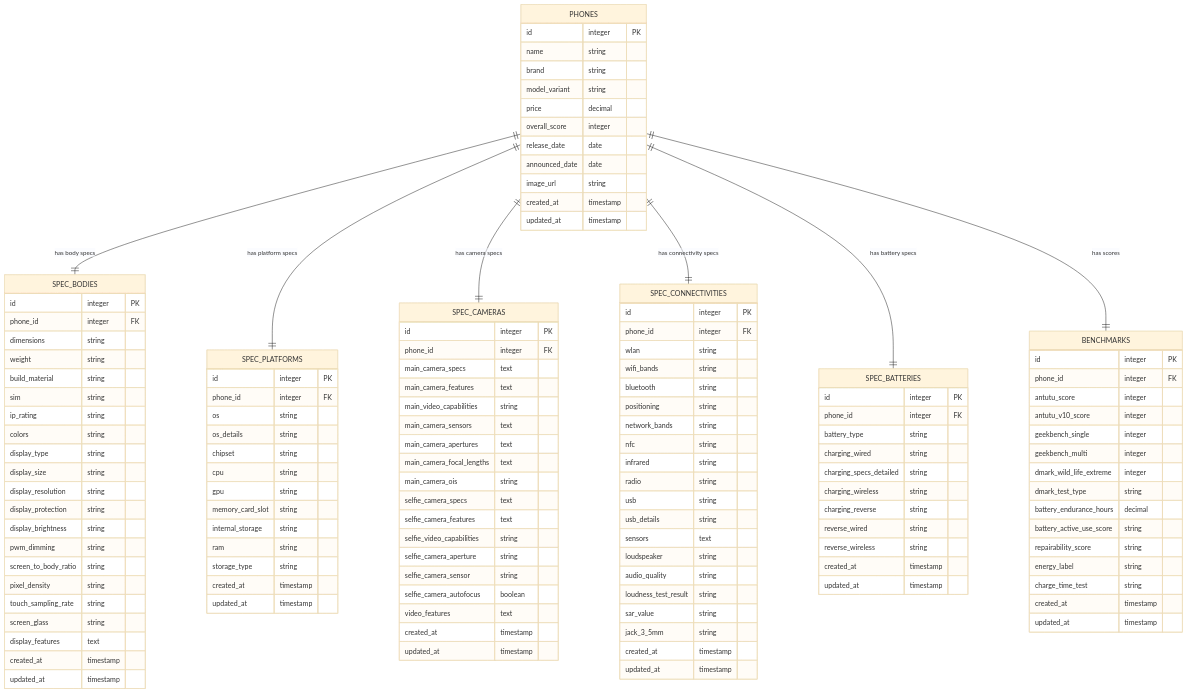
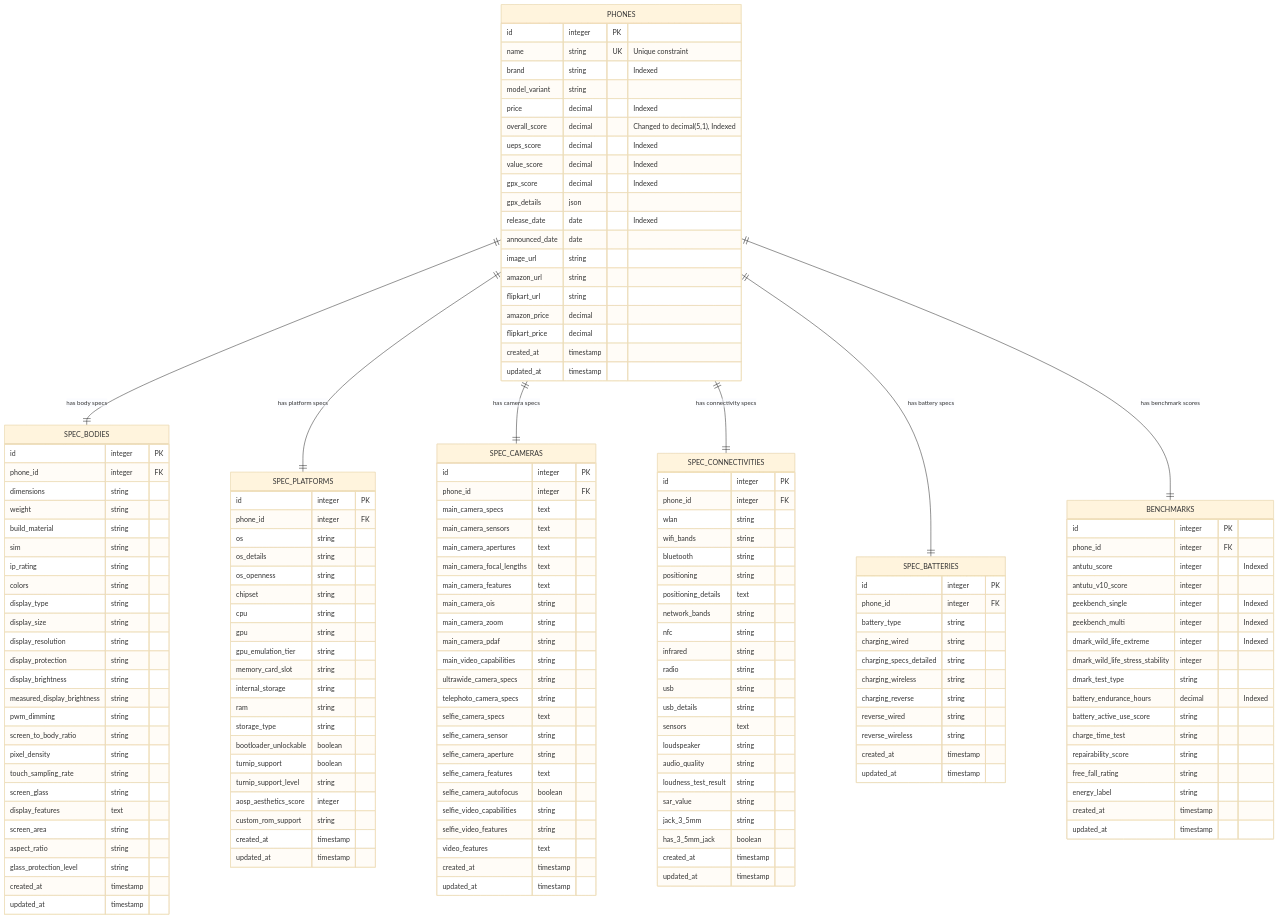
The first of 3 diagrams in docs/er_diagram.md (abhay-byte/phone_finder_hub), drawn with Mermaid (base theme) before and after one commit. The commit also changed other lines of this file and 13 other files, not shown here.

First line of the commit message:
feat: complete GPX scoring system and stability data

````diff
--- a/docs/er_diagram.md
+++ b/docs/er_diagram.md
@@ -4,14 +8,22 @@
 erDiagram
     PHONES {
         id integer PK
-        name string
-        brand string
+        name string UK "Unique constraint"
+        brand string "Indexed"
         model_variant string
-        price decimal
-        overall_score integer
-        release_date date
+        price decimal "Indexed"
+        overall_score decimal "Changed to decimal(5,1), Indexed"
+        ueps_score decimal "Indexed"
+        value_score decimal "Indexed"
+        gpx_score decimal "Indexed"
+        gpx_details json
+        release_date date "Indexed"
         announced_date date
         image_url string
+        amazon_url string
+        flipkart_url string
+        amazon_price decimal
+        flipkart_price decimal
         created_at timestamp
         updated_at timestamp
     }
@@ -30,12 +42,16 @@
         display_resolution string
         display_protection string
         display_brightness string
+        measured_display_brightness string
         pwm_dimming string
         screen_to_body_ratio string
         pixel_density string
         touch_sampling_rate string
         screen_glass string
         display_features text
+        screen_area string
+        aspect_ratio string
+        glass_protection_level string
         created_at timestamp
         updated_at timestamp
     }
@@ -45,13 +61,20 @@
         phone_id integer FK
         os string
         os_details string
+        os_openness string
         chipset string
         cpu string
         gpu string
+        gpu_emulation_tier string
         memory_card_slot string
         internal_storage string
         ram string
         storage_type string
+        bootloader_unlockable boolean
+        turnip_support boolean
+        turnip_support_level string
+        aosp_aesthetics_score integer
+        custom_rom_support string
         created_at timestamp
         updated_at timestamp
     }
@@ -60,18 +83,23 @@
         id integer PK
         phone_id integer FK
         main_camera_specs text
-        main_camera_features text
-        main_video_capabilities string
         main_camera_sensors text
         main_camera_apertures text
         main_camera_focal_lengths text
+        main_camera_features text
         main_camera_ois string
+        main_camera_zoom string
+        main_camera_pdaf string
+        main_video_capabilities string
+        ultrawide_camera_specs string
+        telephoto_camera_specs string
         selfie_camera_specs text
+        selfie_camera_sensor string
+        selfie_camera_aperture string
         selfie_camera_features text
+        selfie_camera_autofocus boolean
         selfie_video_capabilities string
-        selfie_camera_aperture string
-        selfie_camera_sensor string
-        selfie_camera_autofocus boolean
+        selfie_video_features string
         video_features text
         created_at timestamp
         updated_at timestamp
@@ -84,6 +112,7 @@
         wifi_bands string
         bluetooth string
         positioning string
+        positioning_details text
         network_bands string
         nfc string
         infrared string
@@ -96,6 +125,7 @@
         loudness_test_result string
         sar_value string
         jack_3_5mm string
+        has_3_5mm_jack boolean
         created_at timestamp
         updated_at timestamp
     }
@@ -117,17 +147,19 @@
     BENCHMARKS {
         id integer PK
         phone_id integer FK
-        antutu_score integer
+        antutu_score integer "Indexed"
         antutu_v10_score integer
-        geekbench_single integer
-        geekbench_multi integer
-        dmark_wild_life_extreme integer
+        geekbench_single integer "Indexed"
+        geekbench_multi integer "Indexed"
+        dmark_wild_life_extreme integer "Indexed"
+        dmark_wild_life_stress_stability integer
         dmark_test_type string
-        battery_endurance_hours decimal
+        battery_endurance_hours decimal "Indexed"
         battery_active_use_score string
+        charge_time_test string
         repairability_score string
+        free_fall_rating string
         energy_label string
-        charge_time_test string
         created_at timestamp
         updated_at timestamp
     }
@@ -137,5 +169,5 @@
     PHONES ||--|| SPEC_CAMERAS : "has camera specs"
     PHONES ||--|| SPEC_CONNECTIVITIES : "has connectivity specs"
     PHONES ||--|| SPEC_BATTERIES : "has battery specs"
-    PHONES ||--|| BENCHMARKS : "has scores"
+    PHONES ||--|| BENCHMARKS : "has benchmark scores"
 ```
````
